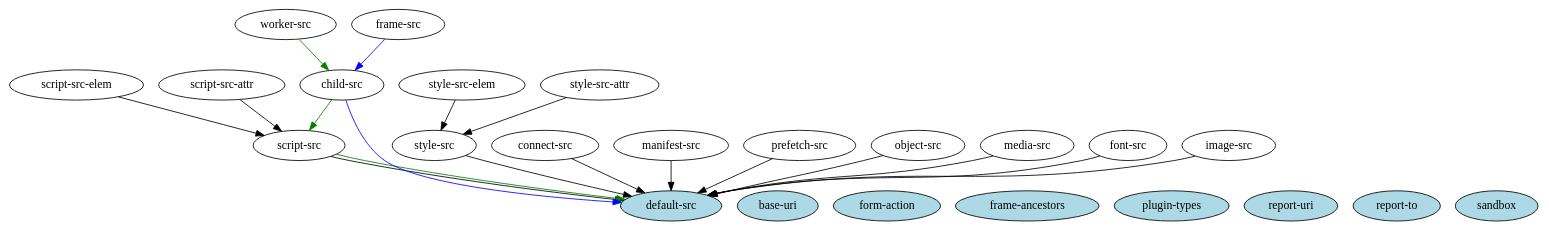
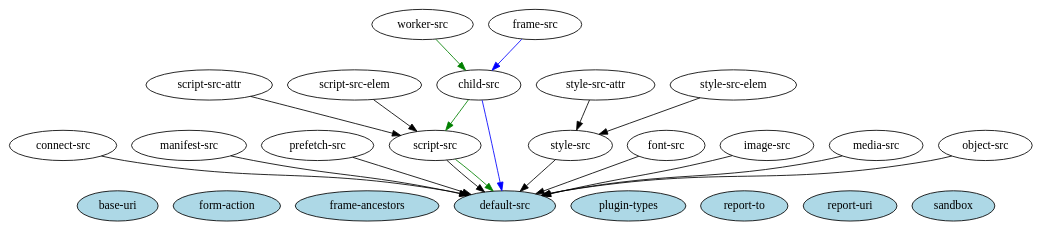
Before and after one commit to madblobfish/lib: the diagram in dot/csp-directives-fallbackhierachy.dot, drawn with Graphviz. The commit also changed other lines of this file, not shown here.

Commit message:
dot: csp-directives-fallbackhierachy.dot: reordered a bit to make a more beautiful graph

```diff
--- a/dot/csp-directives-fallbackhierachy.dot
+++ b/dot/csp-directives-fallbackhierachy.dot
@@ -1,34 +1,33 @@
+# as seen in the documentation
 # https://www.w3.org/TR/CSP3/#csp-directives
+# https://www.w3.org/TR/CSP3/#directive-fallback-list
 digraph {
 	{
 		rank=same
 		Node[style=filled,fillcolor=lightblue]
-		"default-src"
 		"base-uri"
 		"form-action"
 		"frame-ancestors"
+		"default-src"
 		"plugin-types"
+		"report-to"
 		"report-uri"
-		"report-to"
 		"sandbox"
 	}
 
-
-	"script-src-elem" -> "script-src" -> "default-src"
-	"script-src-attr" -> "script-src" # -> "default-src"
-	"style-src-elem" -> "style-src" -> "default-src"
-	"style-src-attr" -> "style-src" # -> "default-src"
 	"connect-src" -> "default-src"
 	"manifest-src" -> "default-src"
 	"prefetch-src" -> "default-src"
-	"object-src" -> "default-src"
-	"media-src" -> "default-src"
+	"script-src-attr" -> "script-src" -> "default-src"
+	"script-src-elem" -> "script-src" # -> "default-src"
+	"style-src-attr" -> "style-src" -> "default-src"
+	"style-src-elem" -> "style-src" # -> "default-src"
 	"font-src" -> "default-src"
 	"image-src" -> "default-src"
+	"media-src" -> "default-src"
+	"object-src" -> "default-src"
 	{ Edge[color=green]
 		"worker-src" -> "child-src" -> "script-src" -> "default-src"}
 	{ Edge[color=blue]
 		"frame-src" -> "child-src" -> "default-src"}
-
-
 }
```
